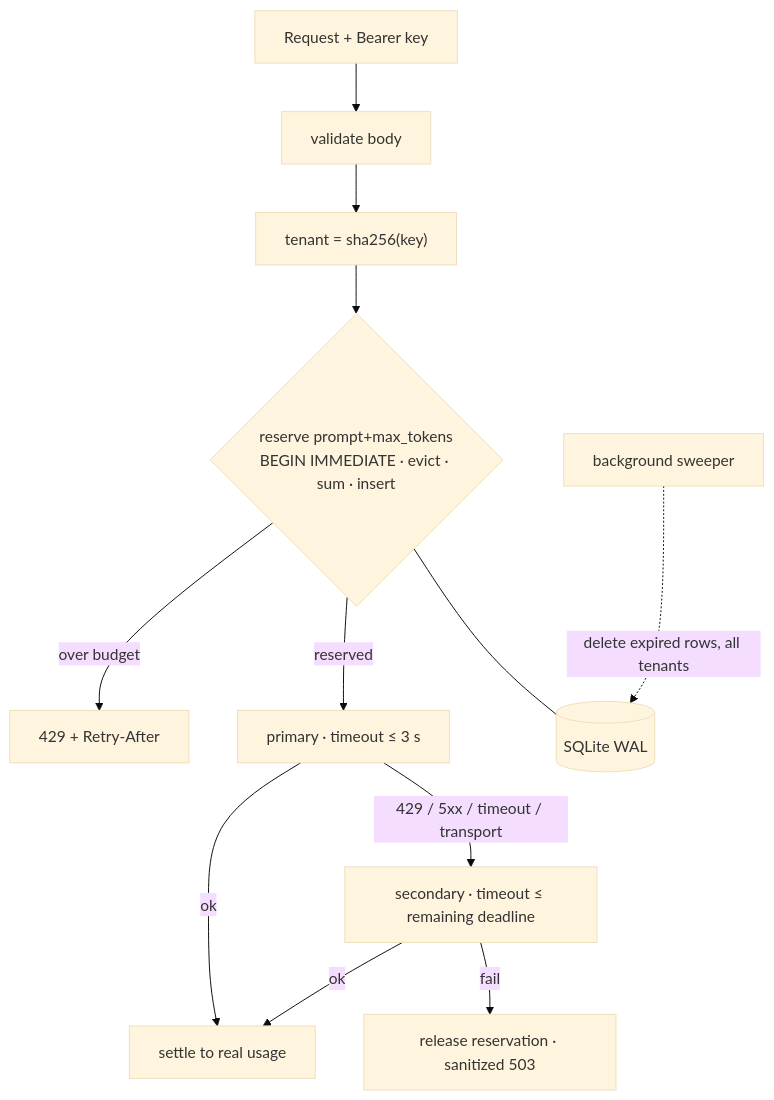
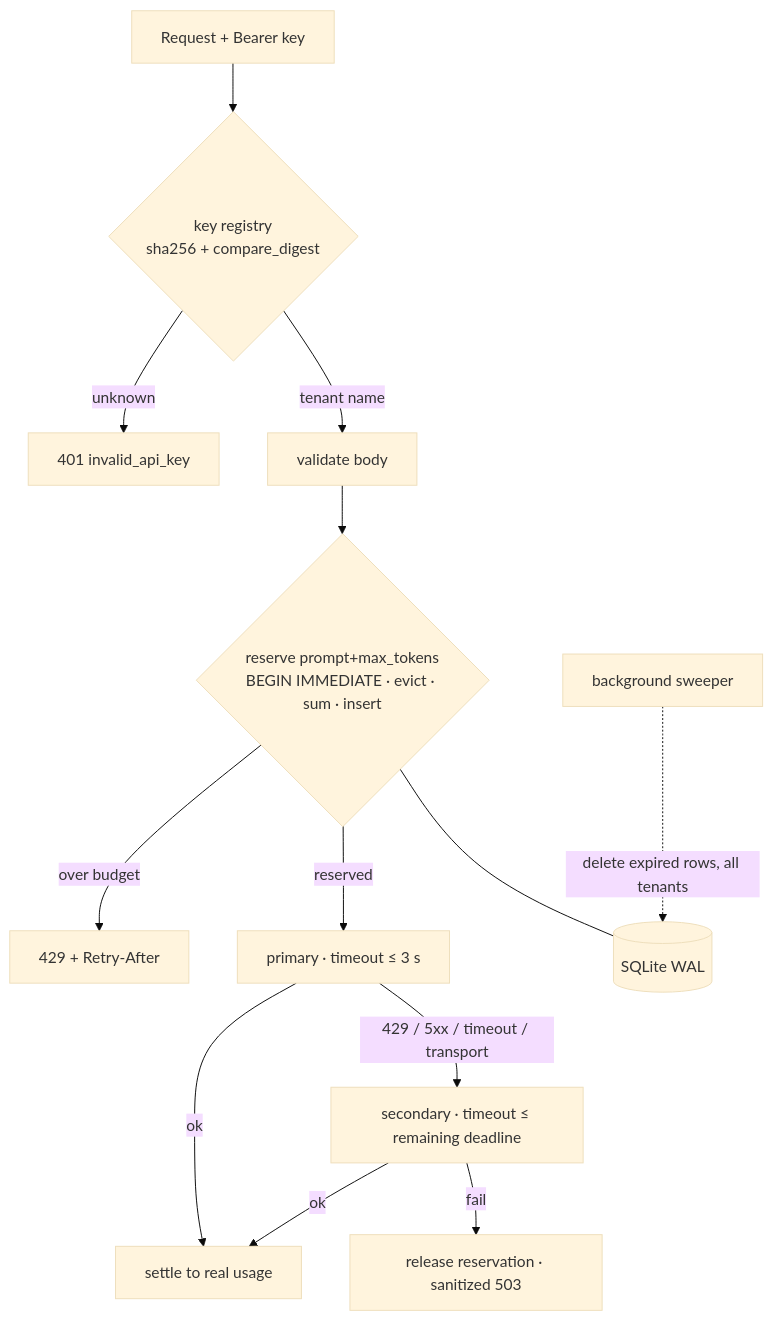
The fourth of 4 diagrams in README.md (EKTAMULKALWAR/mcp-tasks), drawn with Mermaid (base theme) before and after one commit. The commit also changed other lines of this file and 7 other files, not shown here.

Commit message:
task4: tenant key registry (hashed keys, constant-time lookup, 401 before any DB write)

````diff
--- a/README.md
+++ b/README.md
@@ -163,14 +163,15 @@
 ```mermaid
 flowchart TD
-    R[Request + Bearer key] --> V[validate body]
-    V --> T["tenant = sha256(key)"]
-    T --> RES{"reserve prompt+max_tokens<br/>BEGIN IMMEDIATE · evict · sum · insert"}
+    R[Request + Bearer key] --> AU{"key registry<br/>sha256 + compare_digest"}
+    AU -- unknown --> U401["401 invalid_api_key"]
+    AU -- "tenant name" --> V[validate body]
+    V --> RES{"reserve prompt+max_tokens<br/>BEGIN IMMEDIATE · evict · sum · insert"}
     RES -- over budget --> L["429 + Retry-After"]
     RES -- reserved --> A1[primary · timeout ≤ 3 s]
     A1 -- "ok" --> S[settle to real usage]
     A1 -- "429 / 5xx / timeout / transport" --> A2[secondary · timeout ≤ remaining deadline]
     A2 -- ok --> S
     A2 -- fail --> X["release reservation · sanitized 503"]
     SW[background sweeper] -. "delete expired rows, all tenants" .-> DB[(SQLite WAL)]
     RES --- DB
 ```
````
